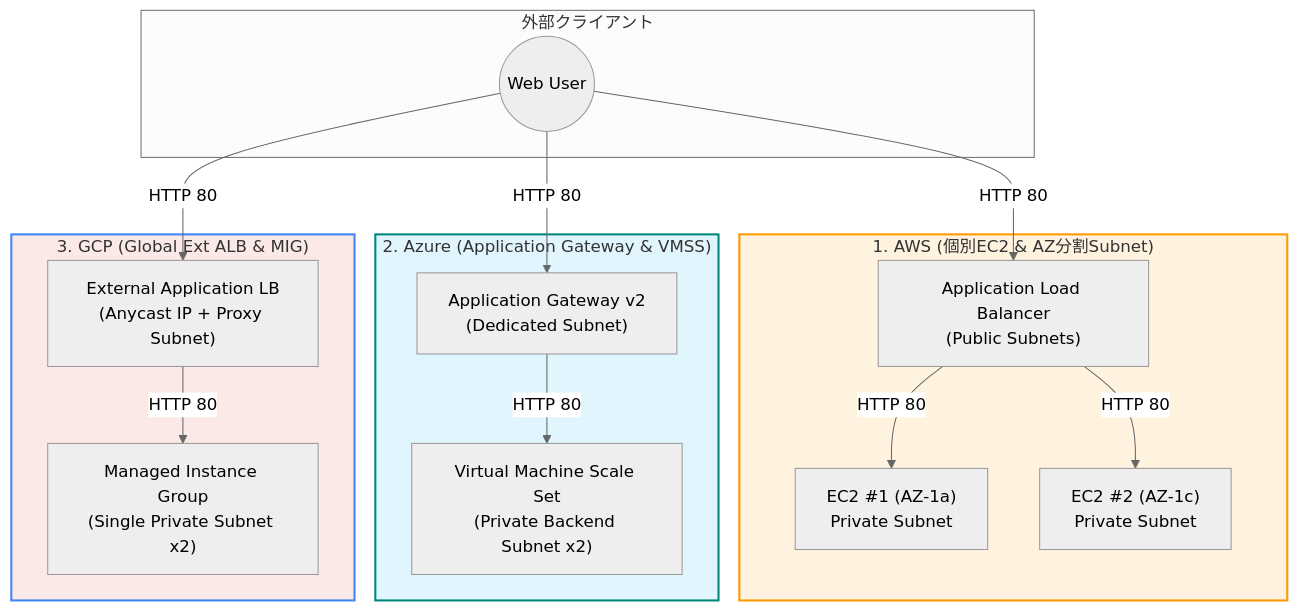
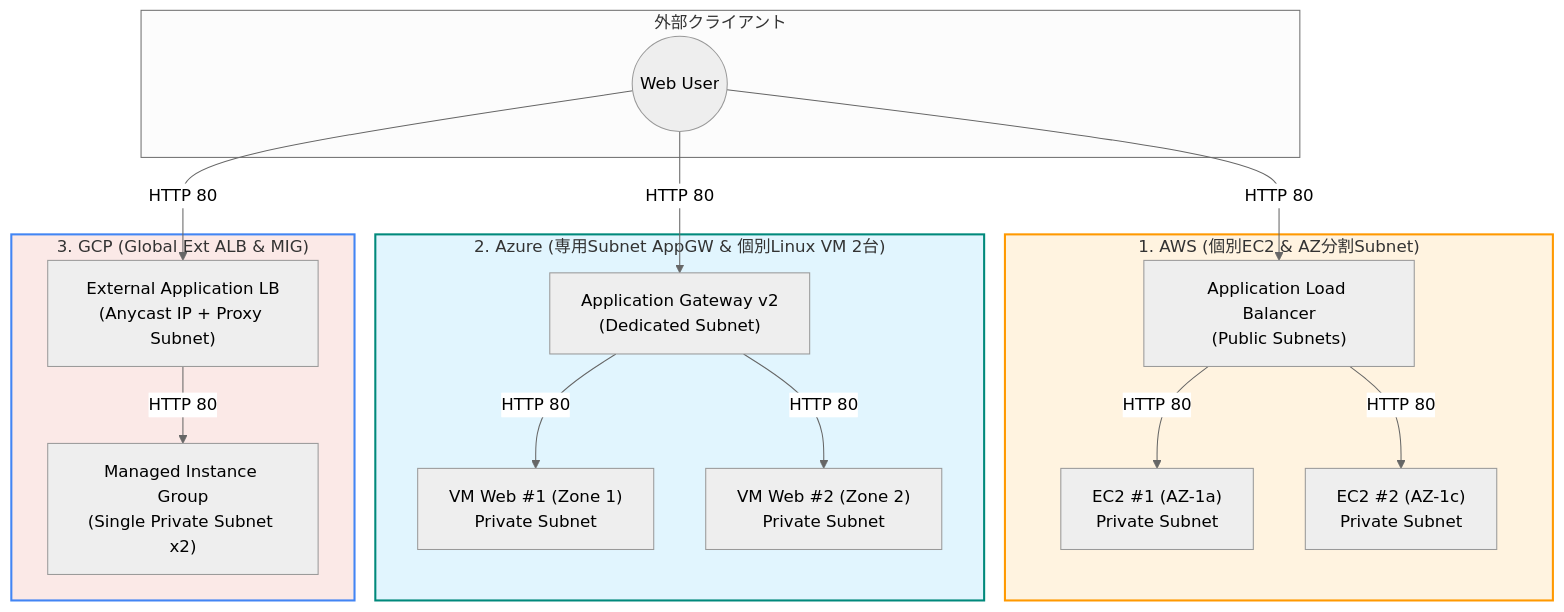
One commit to moruku36/cloud-validation-level2-multicloud changed the first of 2 diagrams in README.md. Above: the diagram before and after it, drawn with Mermaid (neutral theme). The commit also changed other lines of this file and 10 other files, not shown here.

Commit message:
docs & fix: align architecture comparison, unify reproduction steps, and update configs

````diff
--- a/README.md
+++ b/README.md
@@ -44,33 +50,35 @@
 ```mermaid
 flowchart TB
     subgraph Client["外部クライアント"]
         User((Web User))
     end
 
     subgraph AWS["1. AWS (個別EC2 & AZ分割Subnet)"]
         ALB["Application Load Balancer<br/>(Public Subnets)"]
         EC2_1["EC2 #1 (AZ-1a)<br/>Private Subnet"]
         EC2_2["EC2 #2 (AZ-1c)<br/>Private Subnet"]
         User -->|HTTP 80| ALB
         ALB -->|HTTP 80| EC2_1
         ALB -->|HTTP 80| EC2_2
     end
 
-    subgraph Azure["2. Azure (Application Gateway & VMSS)"]
+    subgraph Azure["2. Azure (専用Subnet AppGW & 個別Linux VM 2台)"]
         AGW["Application Gateway v2<br/>(Dedicated Subnet)"]
-        VMSS["Virtual Machine Scale Set<br/>(Private Backend Subnet x2)"]
+        VM1["VM Web #1 (Zone 1)<br/>Private Subnet"]
+        VM2["VM Web #2 (Zone 2)<br/>Private Subnet"]
         User -->|HTTP 80| AGW
-        AGW -->|HTTP 80| VMSS
+        AGW -->|HTTP 80| VM1
+        AGW -->|HTTP 80| VM2
     end
 
     subgraph GCP["3. GCP (Global Ext ALB & MIG)"]
         GCLB["External Application LB<br/>(Anycast IP + Proxy Subnet)"]
         MIG["Managed Instance Group<br/>(Single Private Subnet x2)"]
         User -->|HTTP 80| GCLB
         GCLB -->|HTTP 80| MIG
     end
 
     style AWS fill:#FFF3E0,stroke:#FF9900,stroke-width:2px
     style Azure fill:#E1F5FE,stroke:#00897B,stroke-width:2px
     style GCP fill:#FBE9E7,stroke:#4285F4,stroke-width:2px
 ```
````
